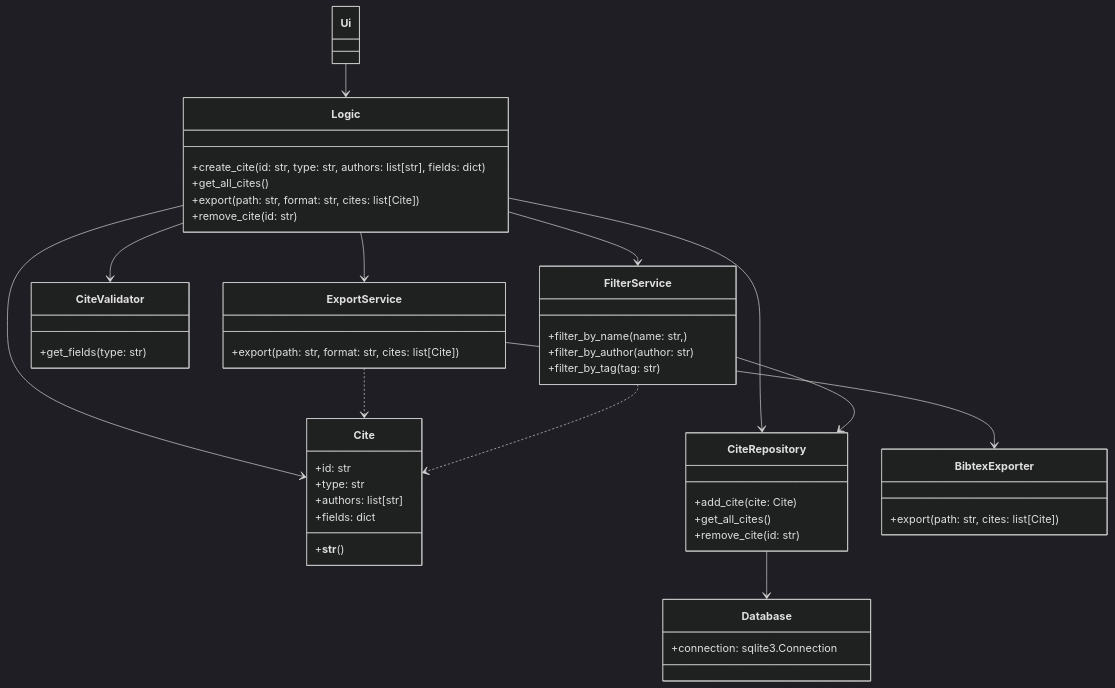
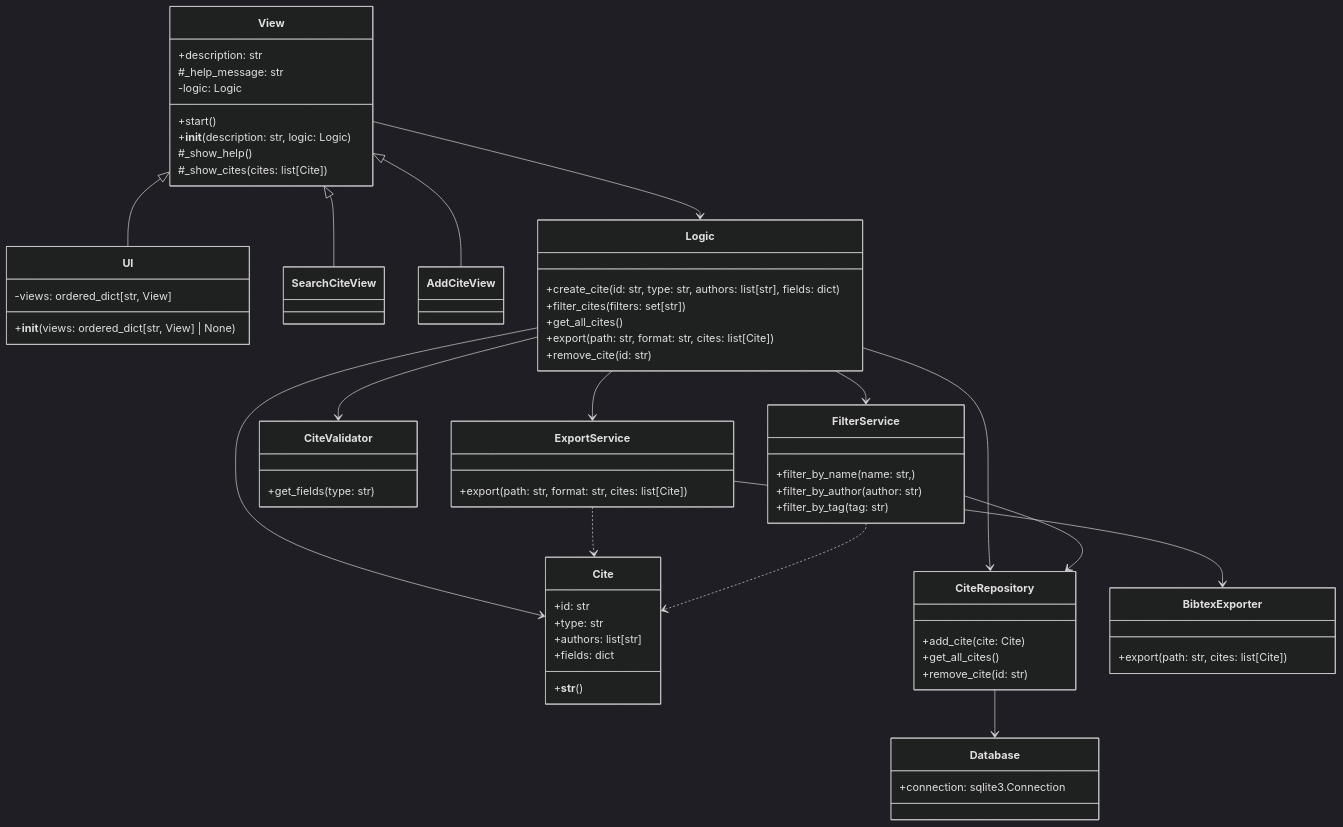
The second of 2 diagrams in docs/arkkitehtuuri.md (TheJiahao/ohtu-miniprojekti), drawn with Mermaid (dark theme) before and after one commit. The commit also changed other lines of this file, not shown here.

````diff
--- a/docs/arkkitehtuuri.md
+++ b/docs/arkkitehtuuri.md
@@ -23,61 +23,81 @@
 ```mermaid
 classDiagram
-Ui --> Logic
+
+View <|-- UI
+View <|-- SearchCiteView
+View <|-- AddCiteView
+View --> Logic
 
 Logic --> Cite
 Logic --> CiteRepository
 Logic --> ExportService
 Logic --> CiteValidator
 Logic --> FilterService
 
 ExportService --> BibtexExporter
 ExportService ..> Cite
 
 FilterService --> CiteRepository
 FilterService ..> Cite
 
 CiteRepository --> Database
 
+class View {
+    +description: str
+    #_help_message: str
+    -logic: Logic
+    +start()
+    +__init__(description: str, logic: Logic)
+    #_show_help()
+    #_show_cites(cites: list[Cite])
+}
+
+class UI {
+    -views: ordered_dict[str, View]
+    +__init__(views: ordered_dict[str, View] | None)
+}
+
 class Logic{
     +create_cite(id: str, type: str, authors: list[str], fields: dict)
+    +filter_cites(filters: set[str])
     +get_all_cites()
     +export(path: str, format: str, cites: list[Cite])
     +remove_cite(id: str)
 }
 
 class Cite {
     +id: str
     +type: str
     +authors: list[str]
     +fields: dict
     +__str__()
 }
 
 class CiteRepository {
     +add_cite(cite: Cite)
     +get_all_cites()
     +remove_cite(id: str)
 }
 
 class Database {
     +connection: sqlite3.Connection
 }
 
 class BibtexExporter {
     +export(path: str, cites: list[Cite])
 }
 
 class ExportService {
     +export(path: str, format: str, cites: list[Cite])
 }
 
 class CiteValidator {
     +get_fields(type: str)
 }
 
 class FilterService {
     +filter_by_name(name: str, )
     +filter_by_author(author: str)
     +filter_by_tag(tag: str)
 }
 ```
````
